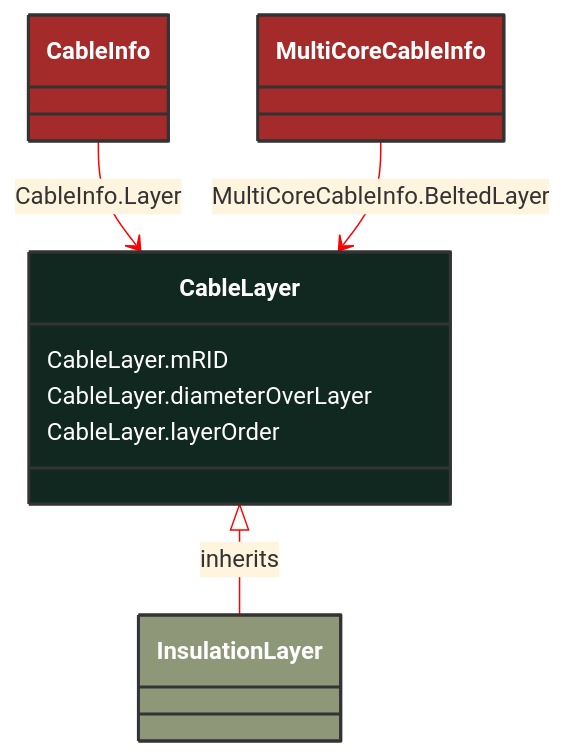
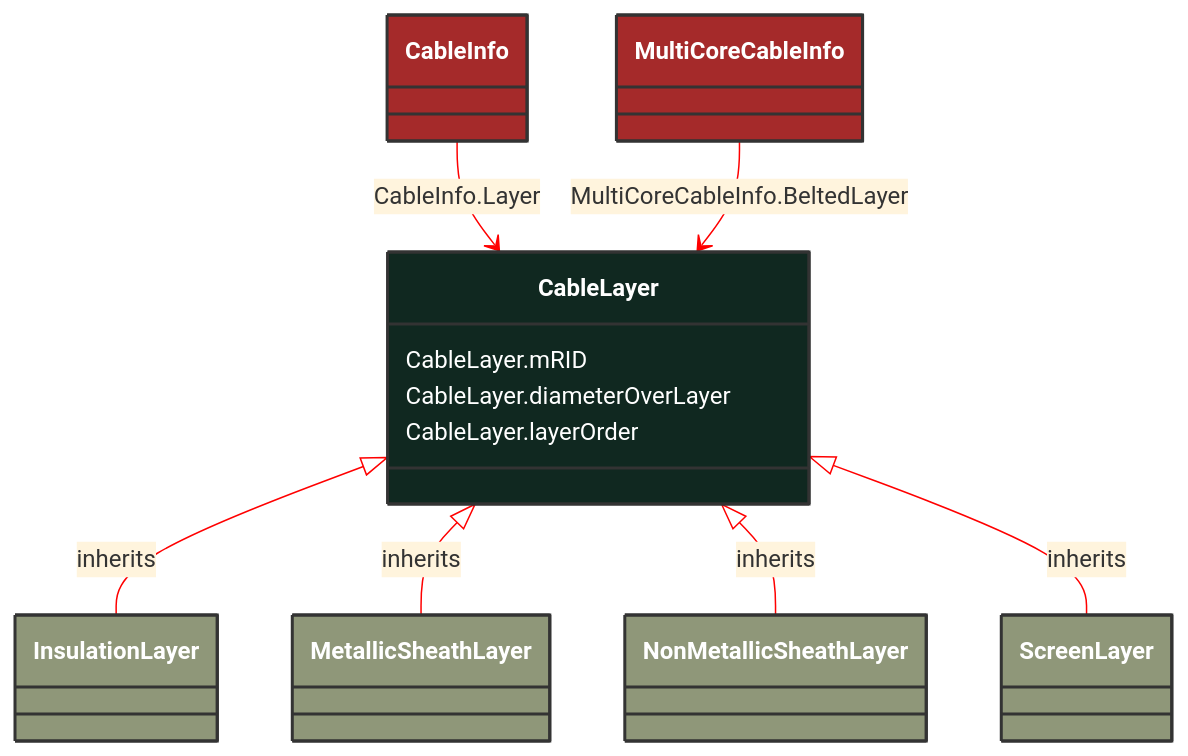
One commit to 3lbits/NoCIMExtensions changed the diagram in docs/Models/Profiles/SubseaCableInfo/AbstractClasses/CableLayer.md. Above: the diagram before and after it, drawn with Mermaid. The commit also changed 63 other files, not shown here.

````diff
--- a/docs/Models/Profiles/SubseaCableInfo/AbstractClasses/CableLayer.md
+++ b/docs/Models/Profiles/SubseaCableInfo/AbstractClasses/CableLayer.md
@@ -10,31 +10,49 @@
 ```mermaid
 %%{init: {'theme':'base','themeVariables': {'lineColor': '#FF0000'}}}%%
 classDiagram
     class CableLayer
     click CableLayer href "/Models/Profiles/SubseaCableInfo/AbstractClasses/CableLayer/"
     style CableLayer fill:#102820,stroke:#333,stroke-width:2px,rx:10,ry:10,color:white
 
         CableLayer <|-- InsulationLayer : inherits
 
         InsulationLayer
             click InsulationLayer href "/Models/Profiles/SubseaCableInfo/ConcreteClasses/InsulationLayer/"
             style InsulationLayer fill:#8F9779,stroke:#333,stroke-width:2px,rx:10,ry:10,color:white
+
+        CableLayer <|-- MetallicSheathLayer : inherits
+
+        MetallicSheathLayer
+            click MetallicSheathLayer href "/Models/Profiles/SubseaCableInfo/ConcreteClasses/MetallicSheathLayer/"
+            style MetallicSheathLayer fill:#8F9779,stroke:#333,stroke-width:2px,rx:10,ry:10,color:white
+
+        CableLayer <|-- NonMetallicSheathLayer : inherits
+
+        NonMetallicSheathLayer
+            click NonMetallicSheathLayer href "/Models/Profiles/SubseaCableInfo/ConcreteClasses/NonMetallicSheathLayer/"
+            style NonMetallicSheathLayer fill:#8F9779,stroke:#333,stroke-width:2px,rx:10,ry:10,color:white
+
+        CableLayer <|-- ScreenLayer : inherits
+
+        ScreenLayer
+            click ScreenLayer href "/Models/Profiles/SubseaCableInfo/ConcreteClasses/ScreenLayer/"
+            style ScreenLayer fill:#8F9779,stroke:#333,stroke-width:2px,rx:10,ry:10,color:white
 
 
         CableInfo --> CableLayer : CableInfo.Layer
 
         CableInfo
             click CableInfo href "/Models/Profiles/SubseaCableInfo/ConcreteClasses/CableInfo/"
             style CableInfo fill:#A52A2A,stroke:#333,stroke-width:2px,rx:10,ry:10,color:white
 
         MultiCoreCableInfo --> CableLayer : MultiCoreCableInfo.BeltedLayer
 
         MultiCoreCableInfo
             click MultiCoreCableInfo href "/Models/Profiles/SubseaCableInfo/ConcreteClasses/MultiCoreCableInfo/"
             style MultiCoreCableInfo fill:#A52A2A,stroke:#333,stroke-width:2px,rx:10,ry:10,color:white
 
 
         CableLayer : CableLayer.mRID
         CableLayer : CableLayer.diameterOverLayer
         CableLayer : CableLayer.layerOrder
 ```
````
